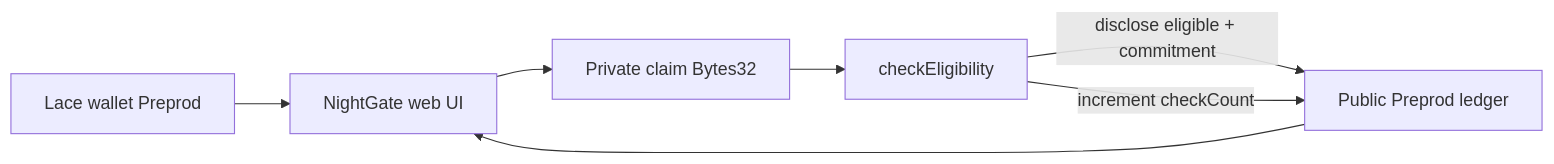
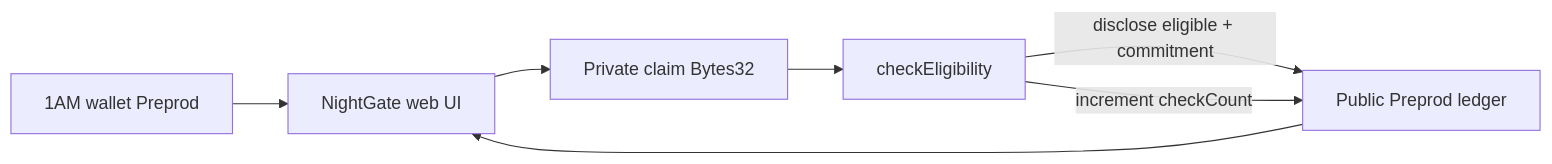
Before and after one commit to manojaggarwal812/night-gate: the first of 2 diagrams in README.md, drawn with Mermaid. The commit also changed other lines of this file and 11 other files, not shown here.

````diff
--- a/README.md
+++ b/README.md
@@ -37,15 +37,15 @@
 ```mermaid
 flowchart LR
-  Lace[Lace wallet Preprod]
+  Wallet[1AM wallet Preprod]
   UI[NightGate web UI]
   Witness[Private claim Bytes32]
   Circuit[checkEligibility]
   Ledger[Public Preprod ledger]
 
-  Lace --> UI
+  Wallet --> UI
   UI --> Witness
   Witness --> Circuit
   Circuit -->|disclose eligible + commitment| Ledger
   Circuit -->|increment checkCount| Ledger
   Ledger --> UI
 ```
````
